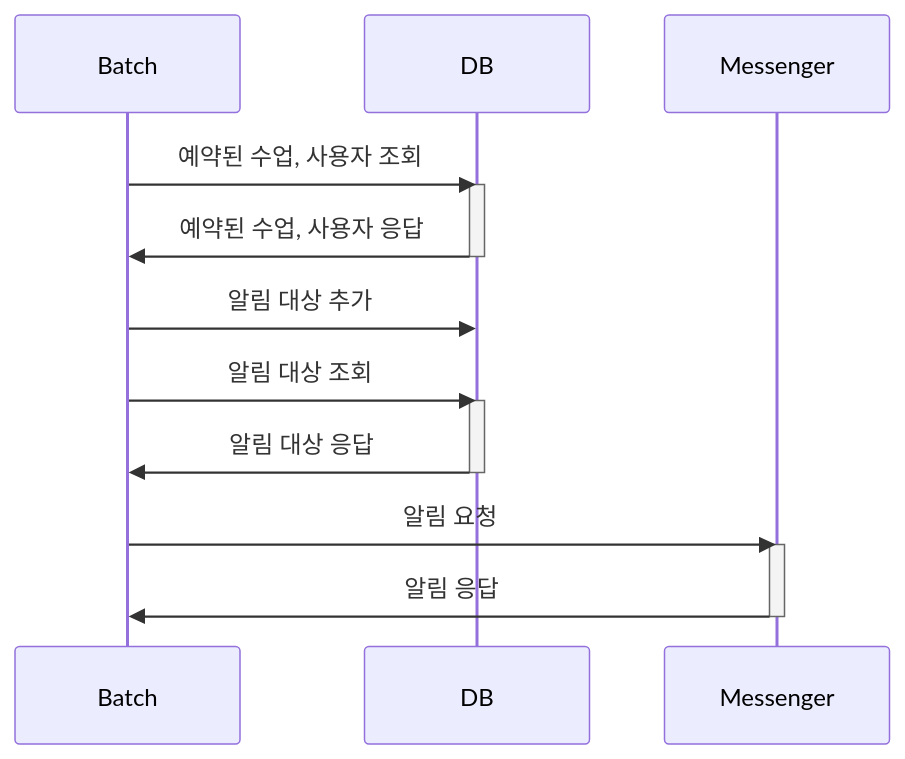
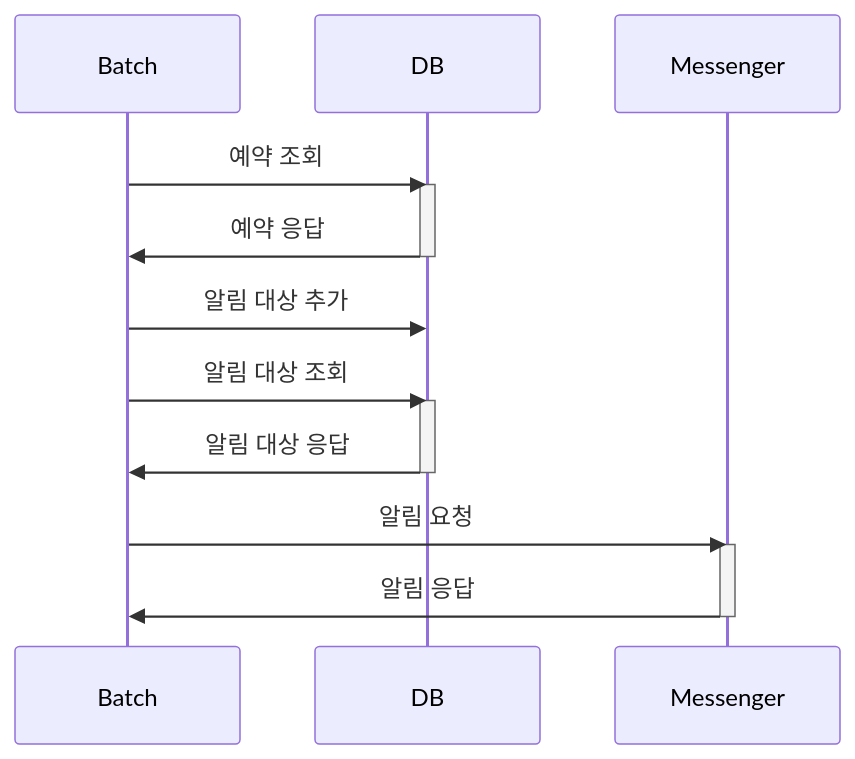
Before and after one commit to norte0190/pass-batch: the third of 4 diagrams in README.md, drawn with Mermaid. The commit also changed other lines of this file, not shown here.

````diff
--- a/README.md
+++ b/README.md
@@ -39,20 +39,20 @@
 ```mermaid
 sequenceDiagram
     participant Batch
     participant DB
     participant Messenger
-    Batch->>DB: 예약된 수업, 사용자 조회
+    Batch->>DB: 예약 조회
     activate DB
-    DB->>Batch: 예약된 수업, 사용자 응답
+    DB->>Batch: 예약 응답
     deactivate DB
     Batch->>DB: 알림 대상 추가
     
     Batch->>DB: 알림 대상 조회
     activate DB
     DB->>Batch: 알림 대상 응답
     deactivate DB
     Batch->>Messenger: 알림 요청
     activate Messenger
     Messenger->>Batch: 알림 응답
     deactivate Messenger
 ```
````
